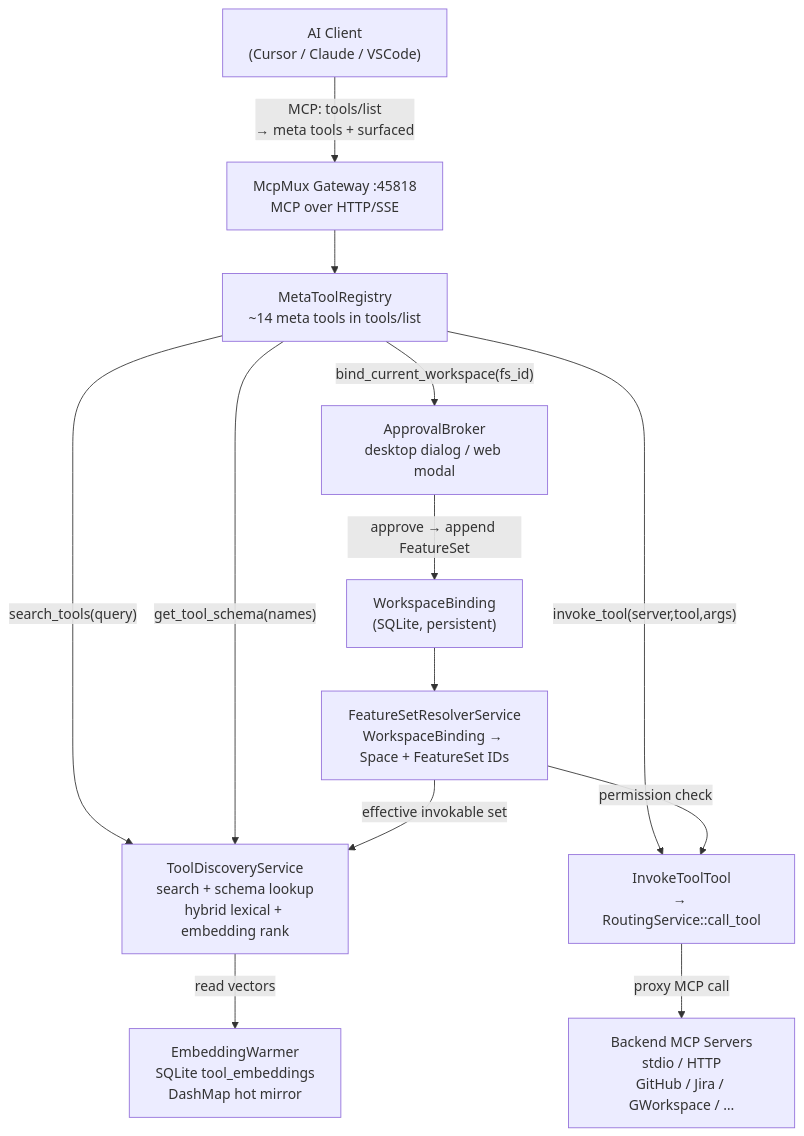
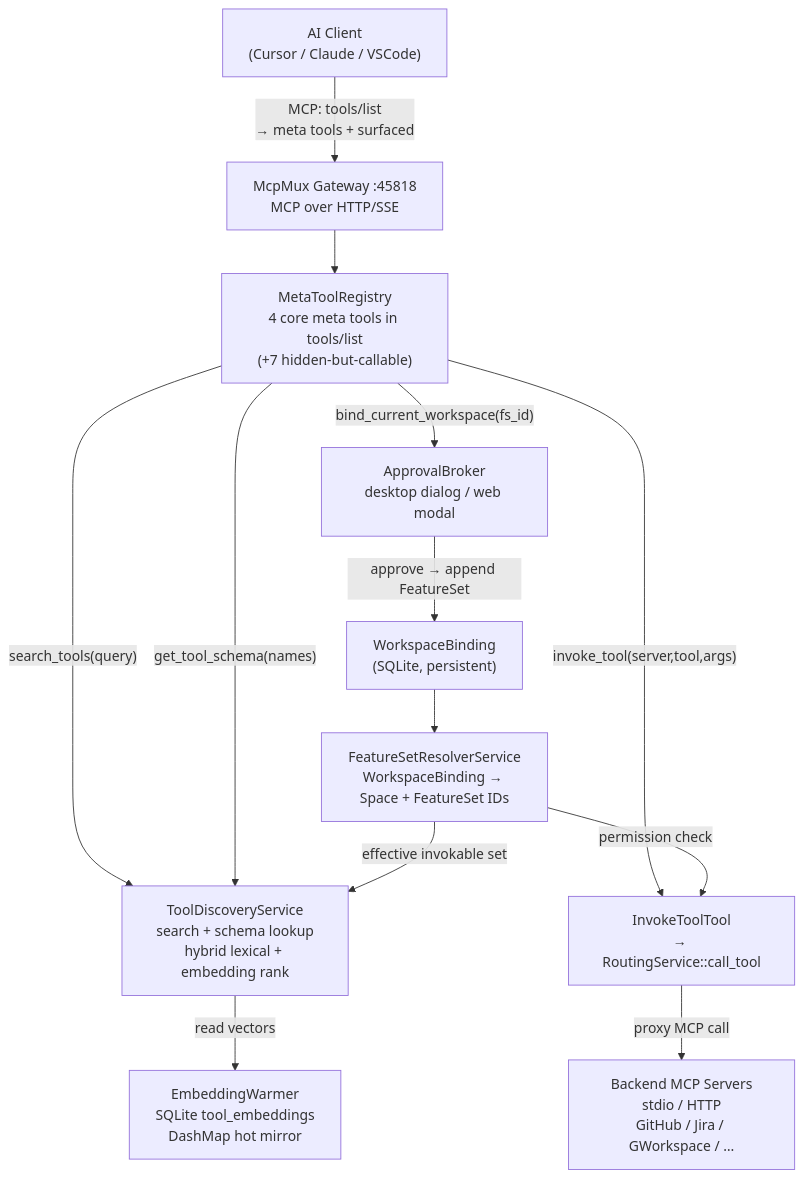
Before and after one commit to crimsonsunset/mcp-mux: the diagram in docs/backend/technical/architecture.md, drawn with Mermaid. The commit also changed other lines of this file and 2 other files, not shown here.

Commit message:
docs: update meta-tool surface count and lean-core status

````diff
--- a/docs/backend/technical/architecture.md
+++ b/docs/backend/technical/architecture.md
@@ -27,26 +27,26 @@
 ```mermaid
 graph TD
     Client["AI Client\n(Cursor / Claude / VSCode)"]
     Gateway["McpMux Gateway :45818\nMCP over HTTP/SSE"]
-    Meta["MetaToolRegistry\n~14 meta tools in tools/list"]
+    Meta["MetaToolRegistry\n4 core meta tools in tools/list\n(+7 hidden-but-callable)"]
     Resolver["FeatureSetResolverService\nWorkspaceBinding → Space + FeatureSet IDs"]
     Discovery["ToolDiscoveryService\nsearch + schema lookup\nhybrid lexical + embedding rank"]
     Invoke["InvokeToolTool\n→ RoutingService::call_tool"]
     ApprovalBroker["ApprovalBroker\ndesktop dialog / web modal"]
     Binding["WorkspaceBinding\n(SQLite, persistent)"]
     Cache["EmbeddingWarmer\nSQLite tool_embeddings\nDashMap hot mirror"]
     Servers["Backend MCP Servers\nstdio / HTTP\nGitHub / Jira / GWorkspace / …"]
 
     Client -->|"MCP: tools/list\n→ meta tools + surfaced"| Gateway
     Gateway --> Meta
     Meta -->|"search_tools(query)"| Discovery
     Meta -->|"get_tool_schema(names)"| Discovery
     Meta -->|"invoke_tool(server,tool,args)"| Invoke
     Meta -->|"bind_current_workspace(fs_id)"| ApprovalBroker
     ApprovalBroker -->|"approve → append FeatureSet"| Binding
     Binding --> Resolver
     Resolver -->|"effective invokable set"| Discovery
     Resolver -->|"permission check"| Invoke
     Discovery -->|"read vectors"| Cache
     Invoke -->|"proxy MCP call"| Servers
 ```
````
